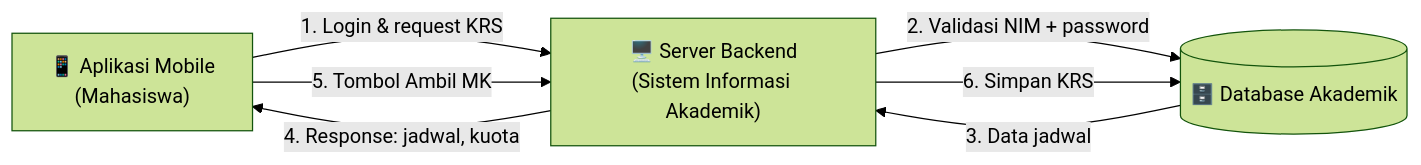
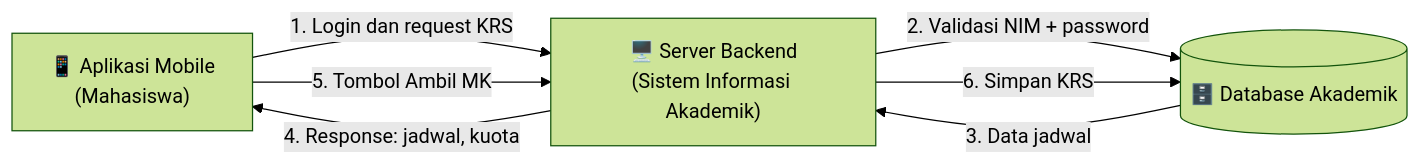
The second of 7 diagrams in pertemuan-01/01-Pertemuan-1.md (PBWFEND/PAB), drawn with Mermaid (forest theme) before and after one commit. The commit also changed other lines of this file and 5 other files, not shown here.

````diff
--- a/pertemuan-01/01-Pertemuan-1.md
+++ b/pertemuan-01/01-Pertemuan-1.md
@@ -96,9 +98,9 @@
 ```mermaid
 flowchart LR
-    A["📱 Aplikasi Mobile<br>(Mahasiswa)"] -->|"1. Login & request KRS"| B["🖥️ Server Backend<br>(Sistem Informasi Akademik)"]
+    A["📱 Aplikasi Mobile<br>(Mahasiswa)"] -->|"1. Login dan request KRS"| B["🖥️ Server Backend<br>(Sistem Informasi Akademik)"]
     B -->|"2. Validasi NIM + password"| C[("🗄️ Database Akademik")]
     C -->|"3. Data jadwal"| B
     B -->|"4. Response: jadwal, kuota"| A
     A -->|"5. Tombol Ambil MK"| B
     B -->|"6. Simpan KRS"| C
 ```
````
